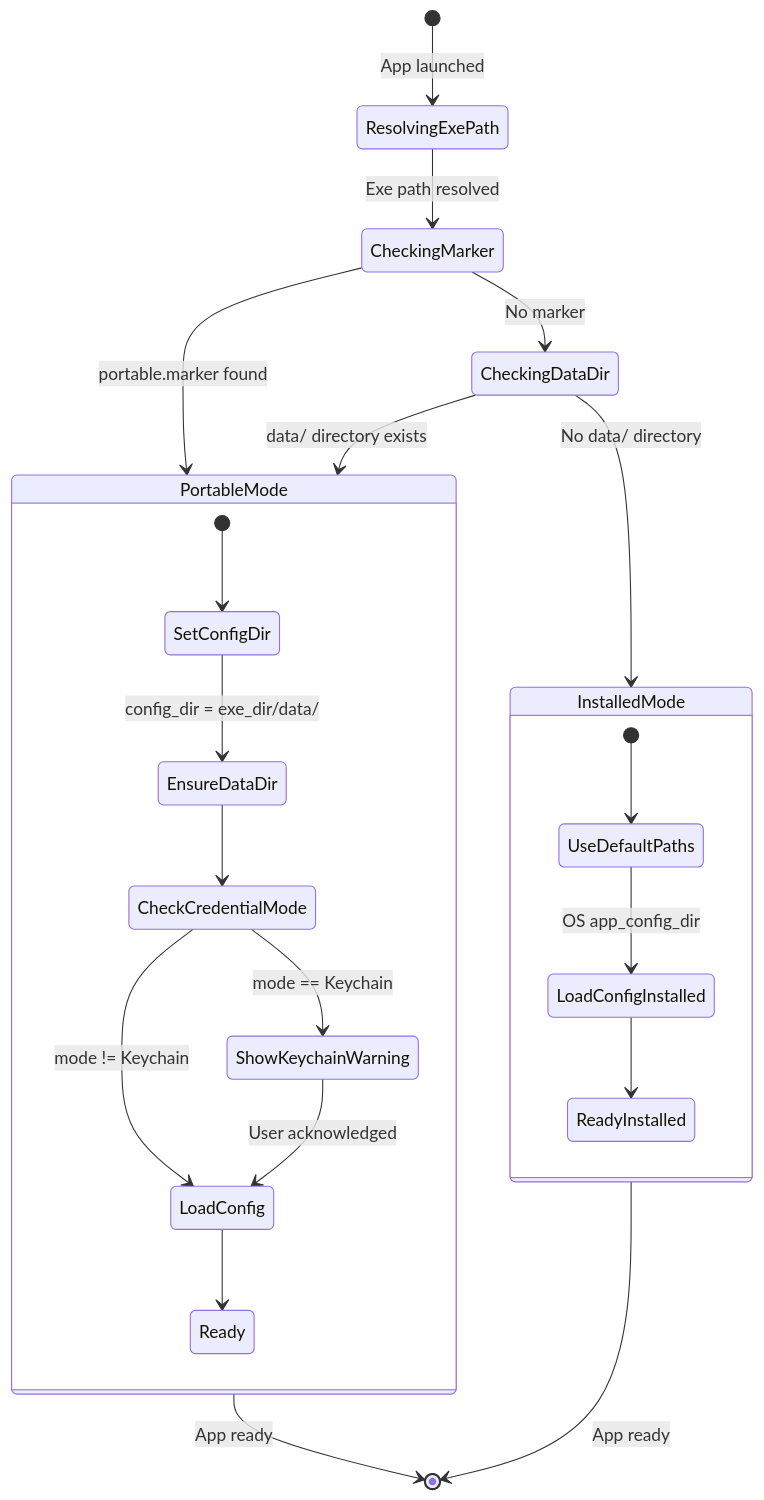
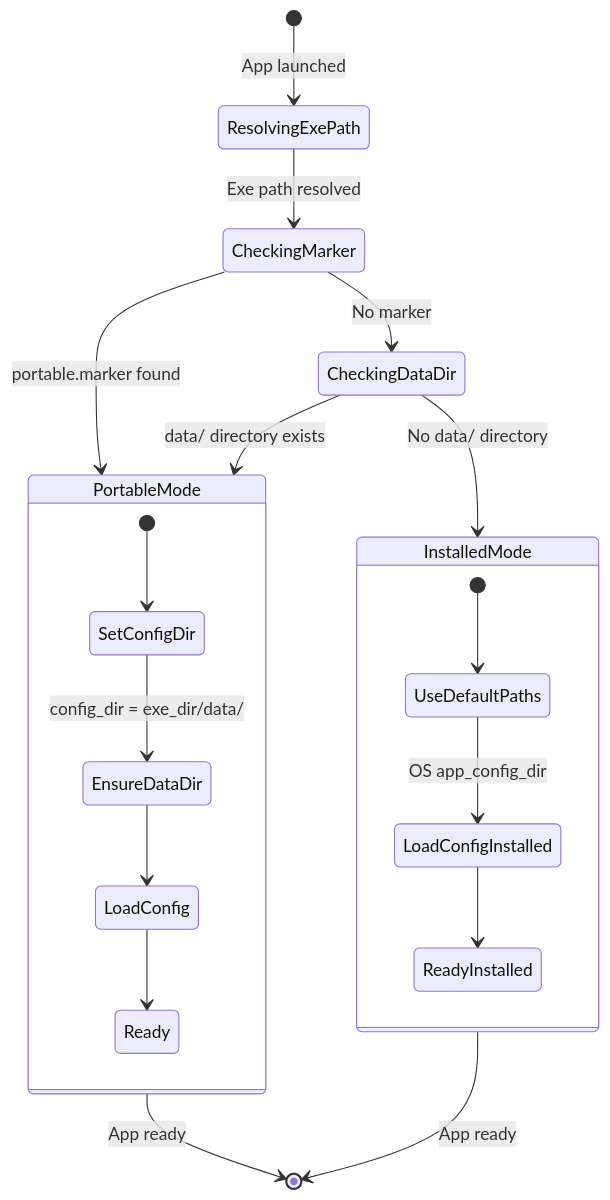
The fifth of 8 diagrams in docs/concepts/portable-mode.md (armaxri/termiHub), drawn with Mermaid before and after one commit. The commit also changed other lines of this file and 34 other files, not shown here.

First line of the commit message:
refactor(credential): remove OS keychain backend

````diff
--- a/docs/concepts/portable-mode.md
+++ b/docs/concepts/portable-mode.md
@@ -312,28 +293,25 @@
 ```mermaid
 stateDiagram-v2
     [*] --> ResolvingExePath: App launched
     ResolvingExePath --> CheckingMarker: Exe path resolved
     CheckingMarker --> PortableMode: portable.marker found
     CheckingMarker --> CheckingDataDir: No marker
     CheckingDataDir --> PortableMode: data/ directory exists
     CheckingDataDir --> InstalledMode: No data/ directory
 
     state PortableMode {
         [*] --> SetConfigDir
         SetConfigDir --> EnsureDataDir: config_dir = exe_dir/data/
-        EnsureDataDir --> CheckCredentialMode
-        CheckCredentialMode --> ShowKeychainWarning: mode == Keychain
-        CheckCredentialMode --> LoadConfig: mode != Keychain
-        ShowKeychainWarning --> LoadConfig: User acknowledged
+        EnsureDataDir --> LoadConfig
         LoadConfig --> Ready
     }
 
     state InstalledMode {
         [*] --> UseDefaultPaths
         UseDefaultPaths --> LoadConfigInstalled: OS app_config_dir
         LoadConfigInstalled --> ReadyInstalled
     }
 
     PortableMode --> [*]: App ready
     InstalledMode --> [*]: App ready
 ```
````
